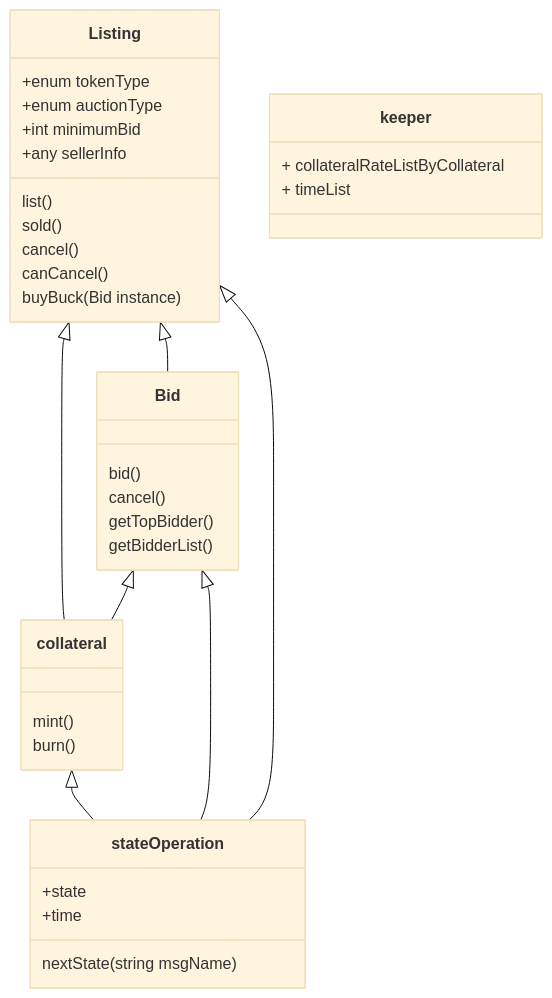
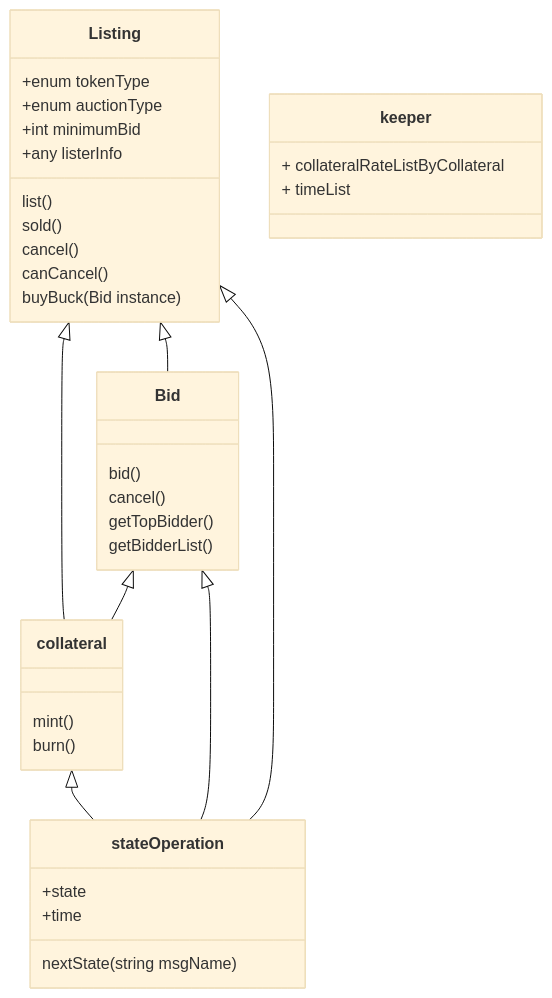
Before and after one commit to UnUniFi/chain: the diagram in x/nftmarket/spec/09_class_diagram.md, drawn with Mermaid (base theme). The commit also changed 7 other files, not shown here.

````diff
--- a/x/nftmarket/spec/09_class_diagram.md
+++ b/x/nftmarket/spec/09_class_diagram.md
@@ -3,39 +3,39 @@
 ```mermaid
  classDiagram
       Listing <|-- collateral
       Listing <|-- Bid
       Bid <|-- collateral
       collateral <|-- stateOperation
       Bid <|-- stateOperation
       Listing <|-- stateOperation
       class Listing{
           +enum tokenType
           +enum auctionType
           +int minimumBid
-          +any sellerInfo
+          +any listerInfo
           list()
           sold()
           cancel()
           canCancel()
           buyBuck(Bid instance)
       }
       class Bid{
           bid()
           cancel()
           getTopBidder()
           getBidderList()
       }
       class collateral {
           mint()
           burn()
       }
       class stateOperation {
           +state
           +time
           nextState(string msgName)
       }
       class keeper{
           + collateralRateListByCollateral
           + timeList
       }
 ```
````
